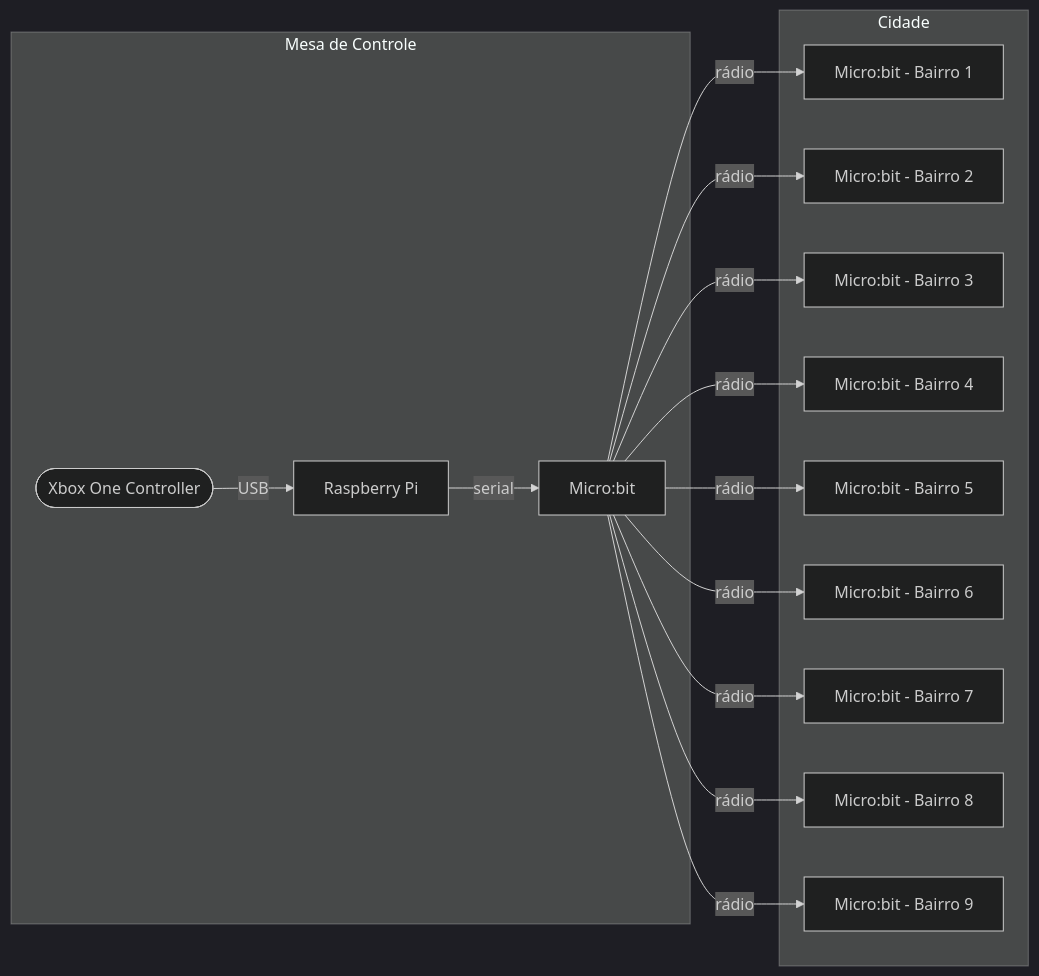
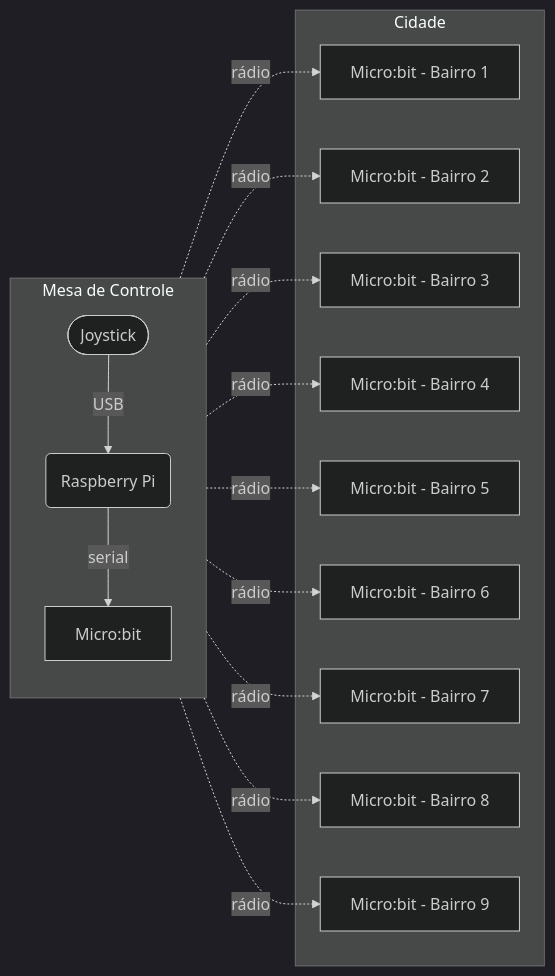
One commit to boidacarapreta/itl20221 changed the diagram in README.md. Above: the diagram before and after it, drawn with Mermaid (dark theme). The commit also changed other lines of this file and 4 other files, not shown here.

````diff
--- a/README.md
+++ b/README.md
@@ -5,19 +5,20 @@
 ```mermaid
 flowchart LR
     subgraph Mesa de Controle
-        Xbox0([Xbox One Controller]) -- USB --> Raspberry0[Raspberry Pi]
+        direction TB
+        Joystick([Joystick]) -- USB --> Raspberry0(Raspberry Pi)
         Raspberry0 -- serial --> MicroBit0[Micro:bit]
     end
 
     subgraph Cidade
-        MicroBit0 -- rádio --> MicroBit1[Micro:bit - Bairro 1]
-        MicroBit0 -- rádio --> MicroBit2[Micro:bit - Bairro 2]
-        MicroBit0 -- rádio --> MicroBit3[Micro:bit - Bairro 3]
-        MicroBit0 -- rádio --> MicroBit4[Micro:bit - Bairro 4]
-        MicroBit0 -- rádio --> MicroBit5[Micro:bit - Bairro 5]
-        MicroBit0 -- rádio --> MicroBit6[Micro:bit - Bairro 6]
-        MicroBit0 -- rádio --> MicroBit7[Micro:bit - Bairro 7]
-        MicroBit0 -- rádio --> MicroBit8[Micro:bit - Bairro 8]
-        MicroBit0 -- rádio --> MicroBit9[Micro:bit - Bairro 9]
+        MicroBit0 -. rádio .-> MicroBit1[Micro:bit - Bairro 1]
+        MicroBit0 -. rádio .-> MicroBit2[Micro:bit - Bairro 2]
+        MicroBit0 -. rádio .-> MicroBit3[Micro:bit - Bairro 3]
+        MicroBit0 -. rádio .-> MicroBit4[Micro:bit - Bairro 4]
+        MicroBit0 -. rádio .-> MicroBit5[Micro:bit - Bairro 5]
+        MicroBit0 -. rádio .-> MicroBit6[Micro:bit - Bairro 6]
+        MicroBit0 -. rádio .-> MicroBit7[Micro:bit - Bairro 7]
+        MicroBit0 -. rádio .-> MicroBit8[Micro:bit - Bairro 8]
+        MicroBit0 -. rádio .-> MicroBit9[Micro:bit - Bairro 9]
     end
 ```
````
